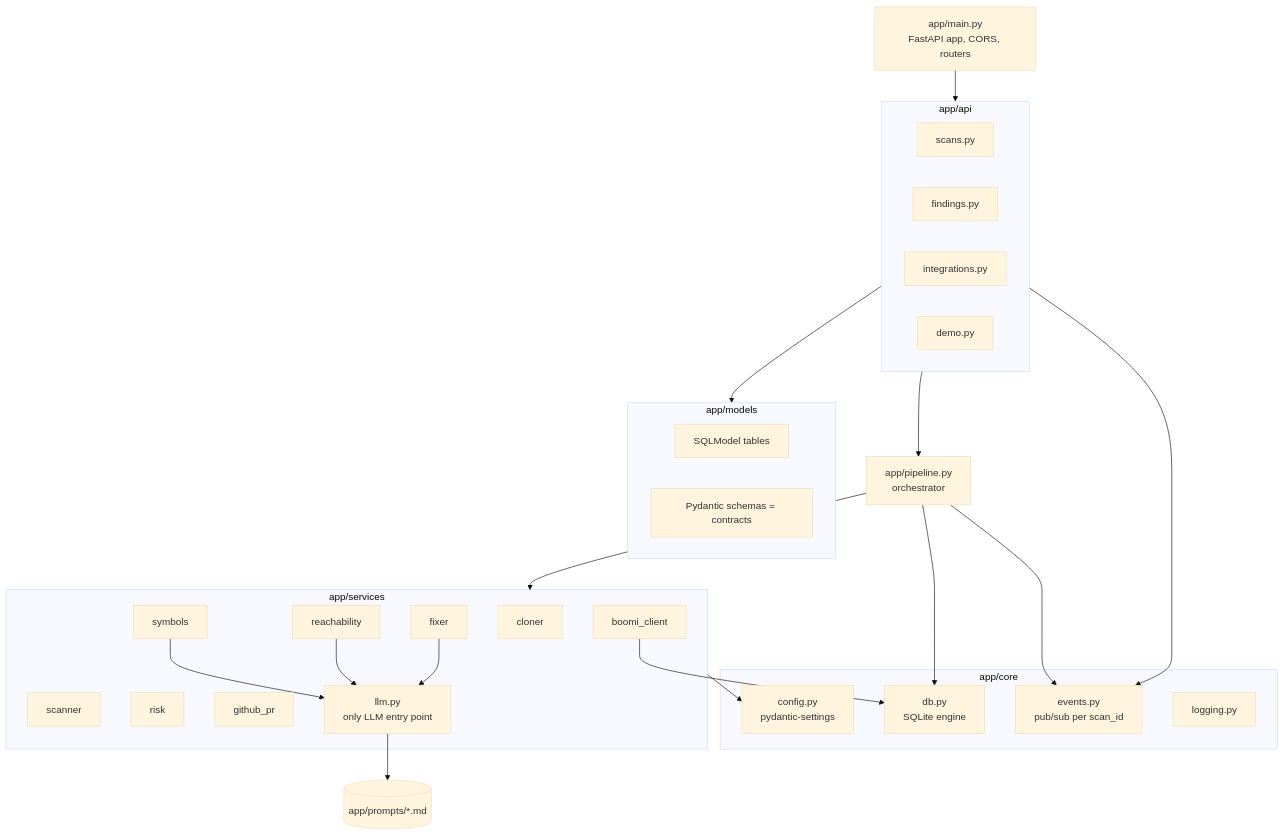
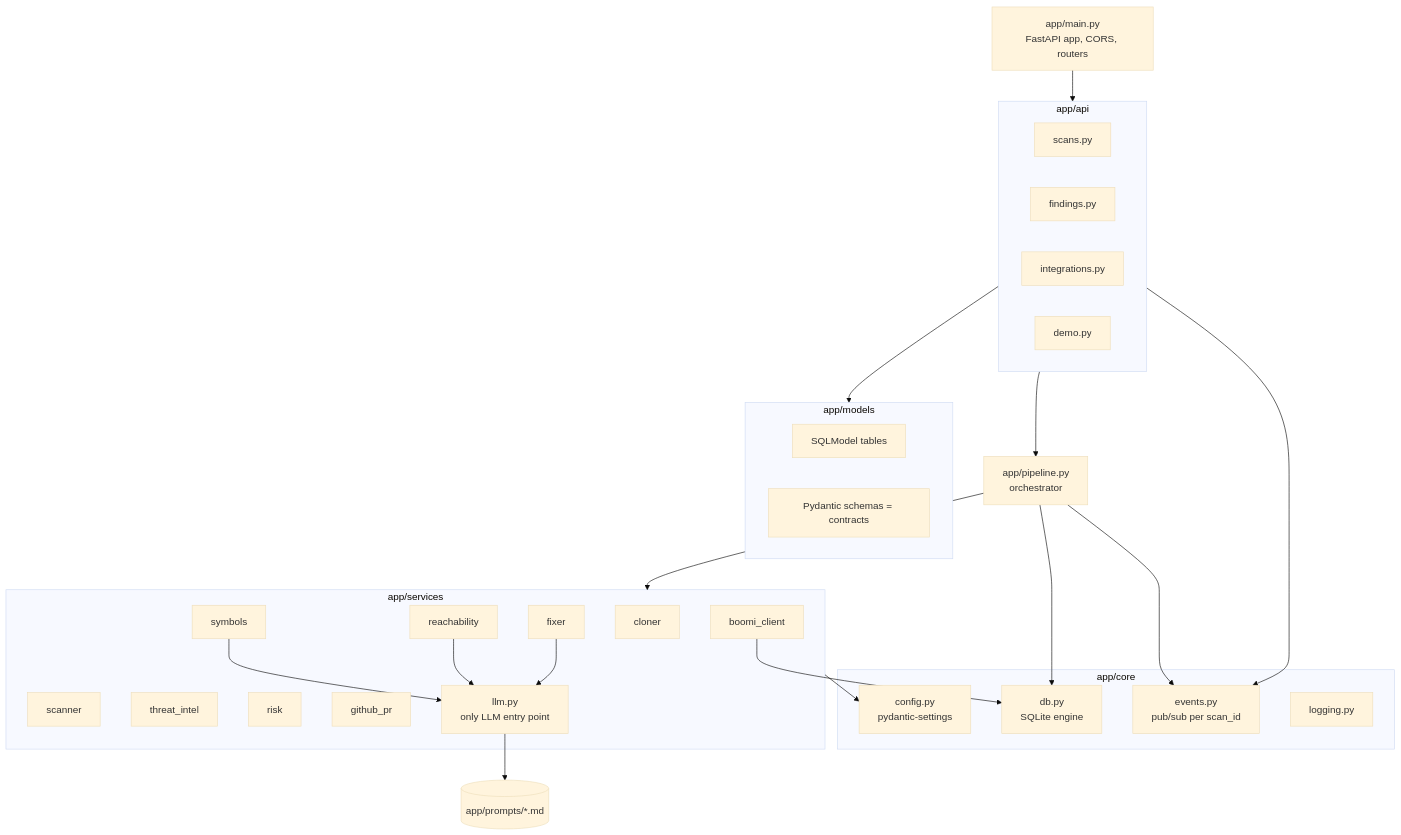
The fifth of 11 diagrams in docs/DIAGRAMS.md (BommepalliRoop/patchpilot-dryrun), drawn with Mermaid (base theme) before and after one commit. The commit also changed other lines of this file and 21 other files, not shown here.

````diff
--- a/docs/DIAGRAMS.md
+++ b/docs/DIAGRAMS.md
@@ -176,47 +179,48 @@
 ```mermaid
 flowchart TB
     main[app/main.py<br/>FastAPI app, CORS, routers]
     subgraph api[app/api]
         scans[scans.py]
         findings[findings.py]
         integrations[integrations.py]
         demo[demo.py]
     end
     subgraph core[app/core]
         config[config.py<br/>pydantic-settings]
         db[db.py<br/>SQLite engine]
         events[events.py<br/>pub/sub per scan_id]
         logging[logging.py]
     end
     subgraph models[app/models]
         tables[SQLModel tables]
         schemas[Pydantic schemas = contracts]
     end
     pipeline[app/pipeline.py<br/>orchestrator]
     subgraph services[app/services]
         cloner
         scanner
+        threat_intel
         symbols
         reachability
         risk
         fixer
         github_pr
         boomi_client
         llm[llm.py<br/>only LLM entry point]
     end
     prompts[(app/prompts/*.md)]
 
     main --> api
     api --> models
     api --> pipeline
     api --> events
     pipeline --> services
     pipeline --> events
     pipeline --> db
     symbols --> llm
     reachability --> llm
     fixer --> llm
     llm --> prompts
     services --> config
     boomi_client --> db
 ```
````
